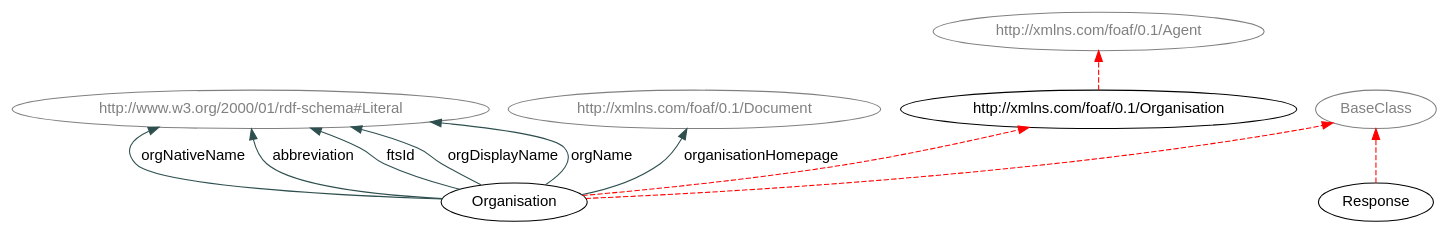
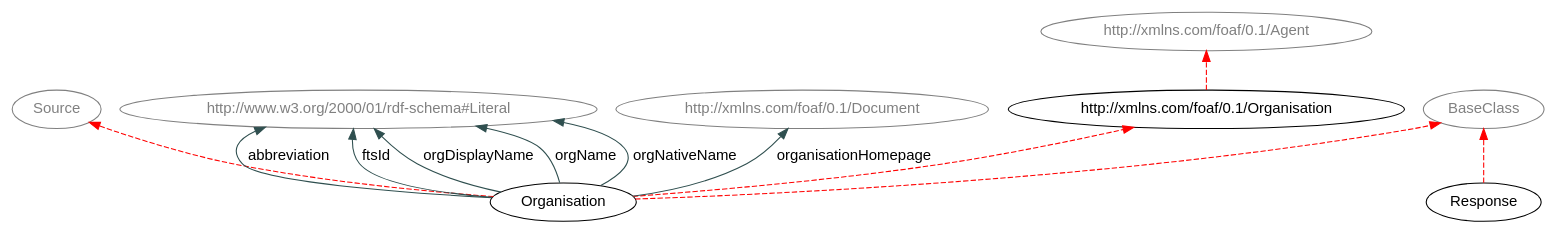
Before and after one commit to hxl-team/HXL-Vocab: the diagram in Tools/responseSection.dot, drawn with Graphviz. The commit also changed 25 other files, not shown here.

```diff
--- a/Tools/responseSection.dot
+++ b/Tools/responseSection.dot
@@ -1,31 +1,33 @@
 digraph { 
  rankdir="BT";	
  charset="utf-8";
  overlap=false;
  edge [color=darkslategray];
  edge [fontname=Helvetica];
  node [fontname=Helvetica];
 
 "Organisation" [ URL = "./#Organisation"] ;
 		"Organisation" -> "http://xmlns.com/foaf/0.1/Organisation" [ color=red style="dashed" ]; 
 			"BaseClass" [ URL = "./#Organisation" color="gray" fontcolor="gray"] ;
 				"Organisation" -> "BaseClass" [ color=red style="dashed" ]; 
+			"Source" [ URL = "./#Organisation" color="gray" fontcolor="gray"] ;
+				"Organisation" -> "Source" [ color=red style="dashed" ]; 
 			"Response" [ URL = "./#Response"] ;
 		"BaseClass" [ URL = "./#Response" color="gray" fontcolor="gray"] ;
 				"Response" -> "BaseClass" [ color=red style="dashed" ]; 
 			"http://xmlns.com/foaf/0.1/Organisation" [ URL = "./#http://xmlns.com/foaf/0.1/Organisation"] ;
 		"http://xmlns.com/foaf/0.1/Agent" [ URL = "./#http://xmlns.com/foaf/0.1/Organisation" color="gray" fontcolor="gray"] ;
 				"http://xmlns.com/foaf/0.1/Organisation" -> "http://xmlns.com/foaf/0.1/Agent" [ color=red style="dashed" ]; 
 			"http://www.w3.org/2000/01/rdf-schema#Literal" [ URL = "./#http://www.w3.org/2000/01/rdf-schema#Literal" color="gray" fontcolor="gray"] ;
 					"Organisation" -> "http://www.w3.org/2000/01/rdf-schema#Literal" [ label="abbreviation" URL = "./#abbreviation"]; 
 				"http://www.w3.org/2000/01/rdf-schema#Literal" [ URL = "./#http://www.w3.org/2000/01/rdf-schema#Literal" color="gray" fontcolor="gray"] ;
 					"Organisation" -> "http://www.w3.org/2000/01/rdf-schema#Literal" [ label="ftsId" URL = "./#ftsId"]; 
 				"http://www.w3.org/2000/01/rdf-schema#Literal" [ URL = "./#http://www.w3.org/2000/01/rdf-schema#Literal" color="gray" fontcolor="gray"] ;
 					"Organisation" -> "http://www.w3.org/2000/01/rdf-schema#Literal" [ label="orgDisplayName" URL = "./#orgDisplayName"]; 
 				"http://www.w3.org/2000/01/rdf-schema#Literal" [ URL = "./#http://www.w3.org/2000/01/rdf-schema#Literal" color="gray" fontcolor="gray"] ;
 					"Organisation" -> "http://www.w3.org/2000/01/rdf-schema#Literal" [ label="orgName" URL = "./#orgName"]; 
 				"http://www.w3.org/2000/01/rdf-schema#Literal" [ URL = "./#http://www.w3.org/2000/01/rdf-schema#Literal" color="gray" fontcolor="gray"] ;
 					"Organisation" -> "http://www.w3.org/2000/01/rdf-schema#Literal" [ label="orgNativeName" URL = "./#orgNativeName"]; 
 				"http://xmlns.com/foaf/0.1/Document" [ URL = "./#http://xmlns.com/foaf/0.1/Document" color="gray" fontcolor="gray"] ;
 					"Organisation" -> "http://xmlns.com/foaf/0.1/Document" [ label="organisationHomepage" URL = "./#organisationHomepage"]; 
 				}
```
